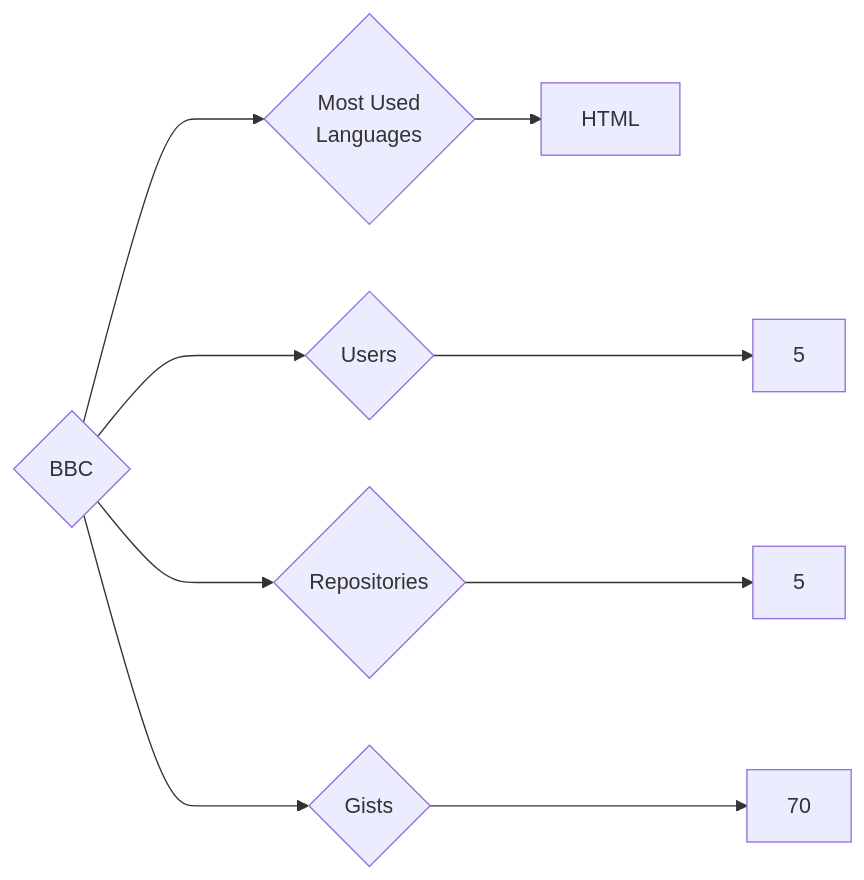
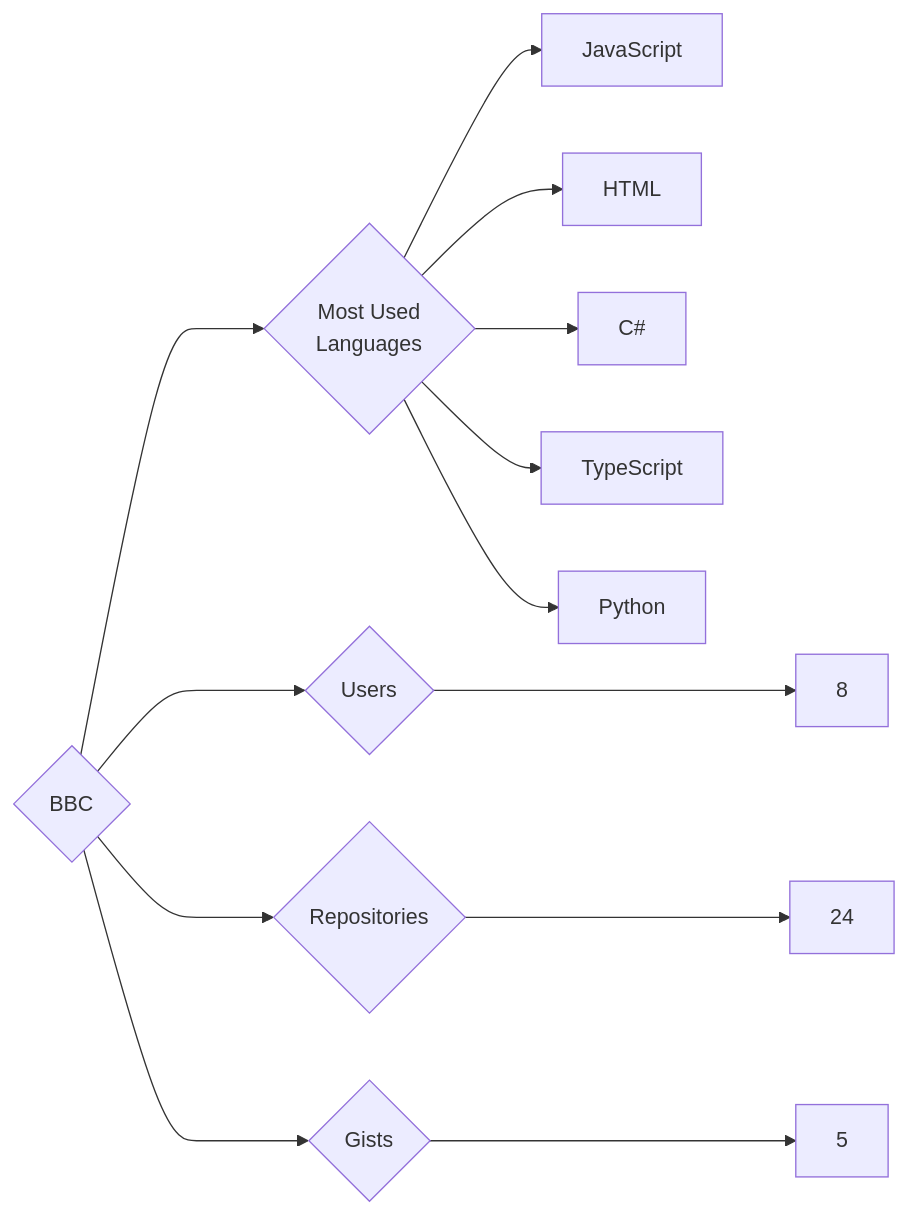
Before and after one commit to trickest/insiders: the diagram in targets/BBC/README.md, drawn with Mermaid. The commit also changed 1036 other files, not shown here.

````diff
--- a/targets/BBC/README.md
+++ b/targets/BBC/README.md
@@ -3,9 +3,13 @@
 ```mermaid
 graph LR
 COMPANY_NAME{BBC}
-COMPANY_NAME ---> U{Users} ---> UN[5]
-COMPANY_NAME ---> R{Repositories} ---> RN[5]
-COMPANY_NAME ---> G{Gists} ---> GN[70]
+COMPANY_NAME ---> U{Users} ---> UN[8]
+COMPANY_NAME ---> R{Repositories} ---> RN[24]
+COMPANY_NAME ---> G{Gists} ---> GN[5]
 COMPANY_NAME ---> ML{Most Used<br>Languages}
+ML --> JavaScript[JavaScript]
 ML --> HTML[HTML]
+ML --> C#[C#]
+ML --> TypeScript[TypeScript]
+ML --> Python[Python]
 ```
````
